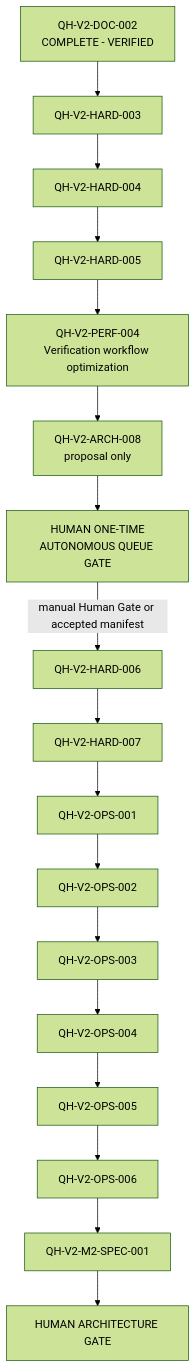
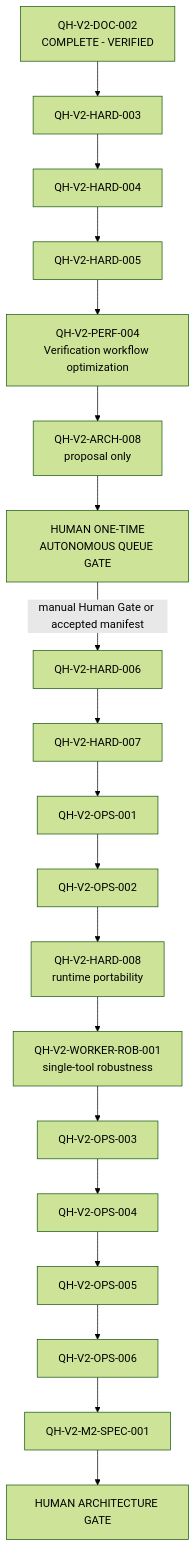
One commit to tmdgns104/qwen-harness-test changed the diagram in BACKLOG.md. Above: the diagram before and after it, drawn with Mermaid (forest theme). The commit also changed other lines of this file and 5 other files, not shown here.

````diff
--- a/BACKLOG.md
+++ b/BACKLOG.md
@@ -132,19 +134,21 @@
 ```mermaid
 flowchart TD
     D002["QH-V2-DOC-002<br/>COMPLETE - VERIFIED"] --> H003["QH-V2-HARD-003"]
     H003 --> H004["QH-V2-HARD-004"]
     H004 --> H005["QH-V2-HARD-005"]
     H005 --> P004["QH-V2-PERF-004<br/>Verification workflow optimization"]
     P004 --> A008["QH-V2-ARCH-008<br/>proposal only"]
     A008 --> Gate1["HUMAN ONE-TIME<br/>AUTONOMOUS QUEUE GATE"]
     Gate1 -->|"manual Human Gate or accepted manifest"| H006["QH-V2-HARD-006"]
     H006 --> H007["QH-V2-HARD-007"]
     H007 --> O001["QH-V2-OPS-001"]
     O001 --> O002["QH-V2-OPS-002"]
-    O002 --> O003["QH-V2-OPS-003"]
+    O002 --> H008["QH-V2-HARD-008<br/>runtime portability"]
+    H008 --> WROB["QH-V2-WORKER-ROB-001<br/>single-tool robustness"]
+    WROB --> O003["QH-V2-OPS-003"]
     O003 --> O004["QH-V2-OPS-004"]
     O004 --> O005["QH-V2-OPS-005"]
     O005 --> O006["QH-V2-OPS-006"]
     O006 --> M2["QH-V2-M2-SPEC-001"]
     M2 --> Gate["HUMAN ARCHITECTURE GATE"]
 ```
````
